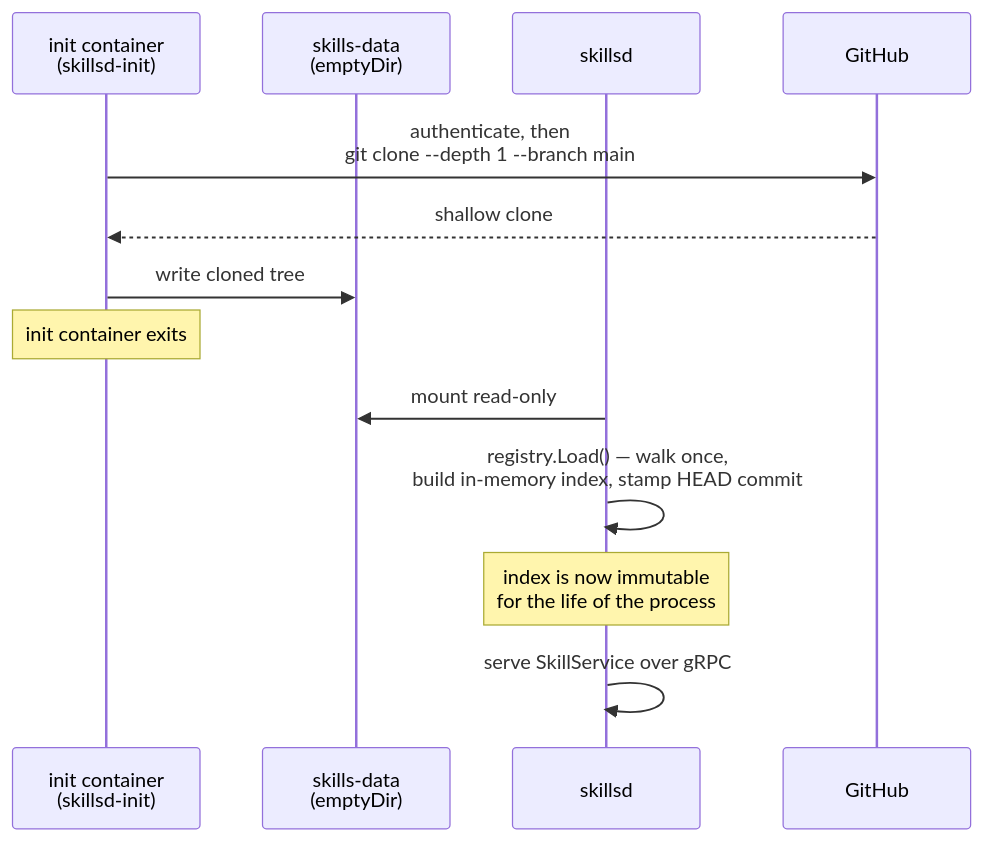
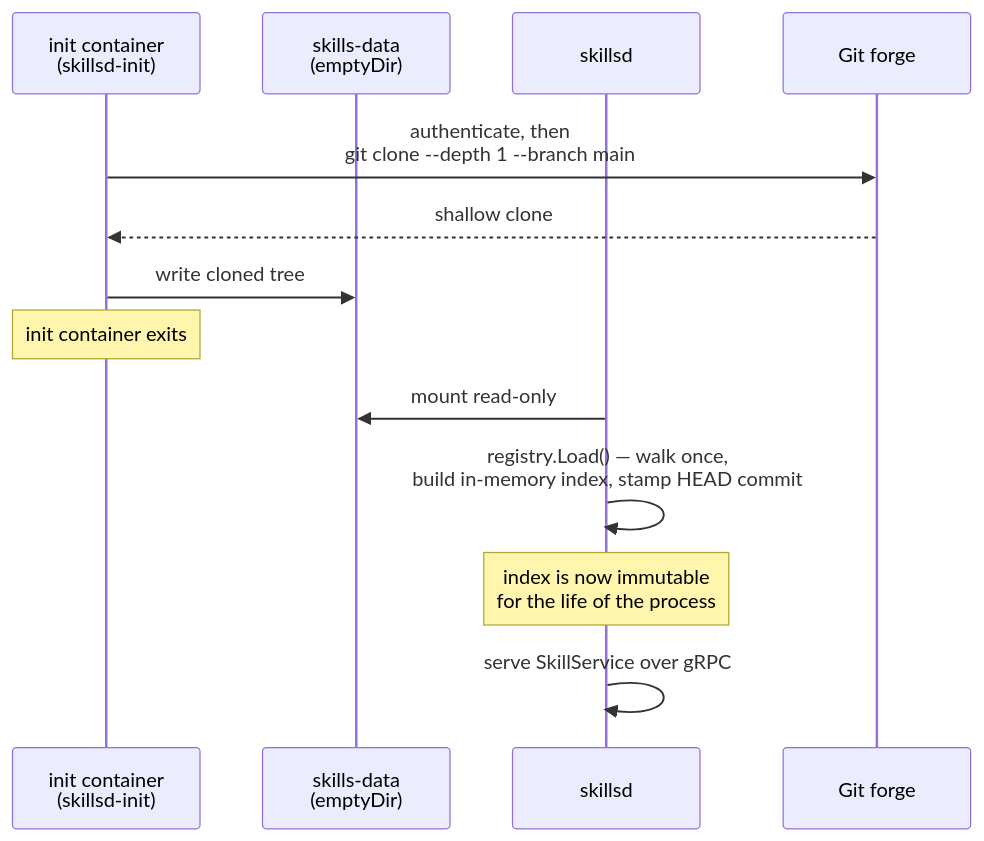
Before and after one commit to araghukas/skillset: the diagram in docs/skillsd.md, drawn with Mermaid. The commit also changed 3 other files, not shown here.

````diff
--- a/docs/skillsd.md
+++ b/docs/skillsd.md
@@ -22,16 +22,16 @@
 ```mermaid
 sequenceDiagram
     participant Init as init container<br/>(skillsd-init)
     participant Vol as skills-data<br/>(emptyDir)
     participant Main as skillsd
-    participant GH as GitHub
+    participant GH as Git forge
 
     Init->>GH: authenticate, then<br/>git clone --depth 1 --branch main
     GH-->>Init: shallow clone
     Init->>Vol: write cloned tree
     Note over Init: init container exits
     Main->>Vol: mount read-only
     Main->>Main: registry.Load() — walk once,<br/>build in-memory index, stamp HEAD commit
     Note over Main: index is now immutable<br/>for the life of the process
     Main->>Main: serve SkillService over gRPC
 ```
````
